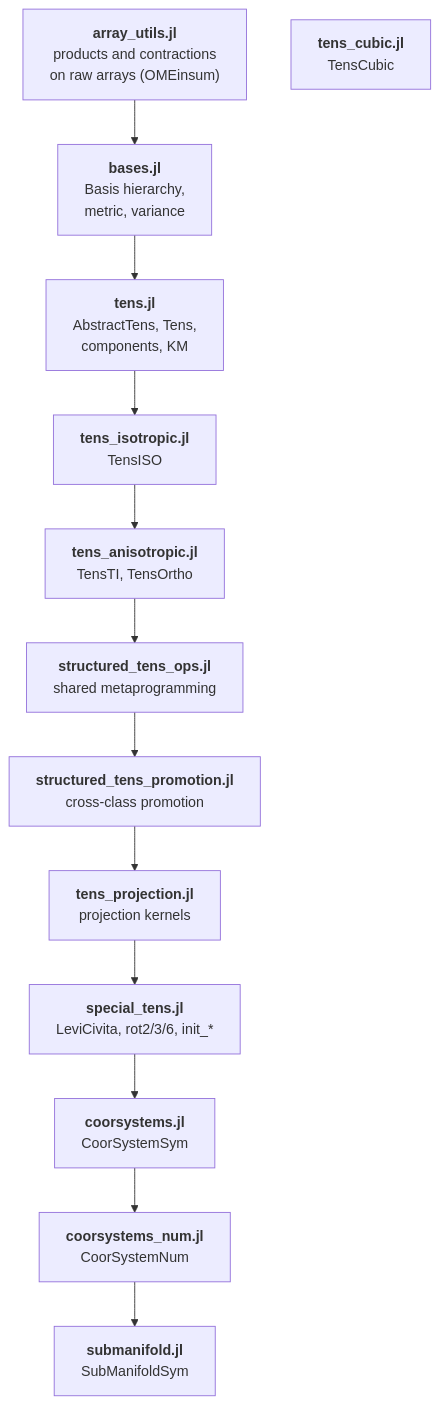
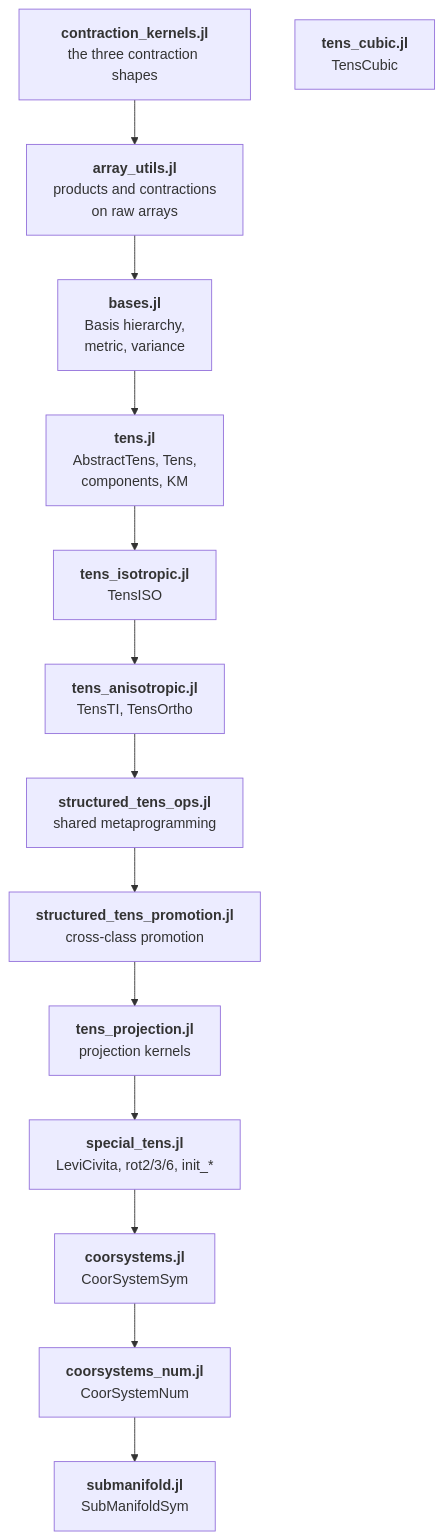
One commit to MicroPoroChemoMechanics/TensND.jl changed the diagram in docs/src/developer/architecture.md. Above: the diagram before and after it, drawn with Mermaid. The commit also changed other lines of this file and 13 other files, not shown here.

````diff
--- a/docs/src/developer/architecture.md
+++ b/docs/src/developer/architecture.md
@@ -8,18 +8,19 @@
 ```mermaid
 %%{init: {"flowchart": {"useMaxWidth": false}}}%%
 flowchart TB
-    AU["<b>array_utils.jl</b><br/>products and contractions<br/>on raw arrays (OMEinsum)"]
+    CK["<b>contraction_kernels.jl</b><br/>the three contraction shapes"]
+    AU["<b>array_utils.jl</b><br/>products and contractions<br/>on raw arrays"]
     BA["<b>bases.jl</b><br/>Basis hierarchy,<br/>metric, variance"]
     TE["<b>tens.jl</b><br/>AbstractTens, Tens,<br/>components, KM"]
     ISO["<b>tens_isotropic.jl</b><br/>TensISO"]
     ANI["<b>tens_anisotropic.jl</b><br/>TensTI, TensOrtho"]
     CUB["<b>tens_cubic.jl</b><br/>TensCubic"]
     OPS["<b>structured_tens_ops.jl</b><br/>shared metaprogramming"]
     PRO["<b>structured_tens_promotion.jl</b><br/>cross-class promotion"]
     PRJ["<b>tens_projection.jl</b><br/>projection kernels"]
     SPE["<b>special_tens.jl</b><br/>LeviCivita, rot2/3/6, init_*"]
     CSS["<b>coorsystems.jl</b><br/>CoorSystemSym"]
     CSN["<b>coorsystems_num.jl</b><br/>CoorSystemNum"]
     SUB["<b>submanifold.jl</b><br/>SubManifoldSym"]
-    AU --> BA --> TE --> ISO --> ANI --> OPS --> PRO --> PRJ --> SPE --> CSS --> CSN --> SUB
+    CK --> AU --> BA --> TE --> ISO --> ANI --> OPS --> PRO --> PRJ --> SPE --> CSS --> CSN --> SUB
 ```
````
